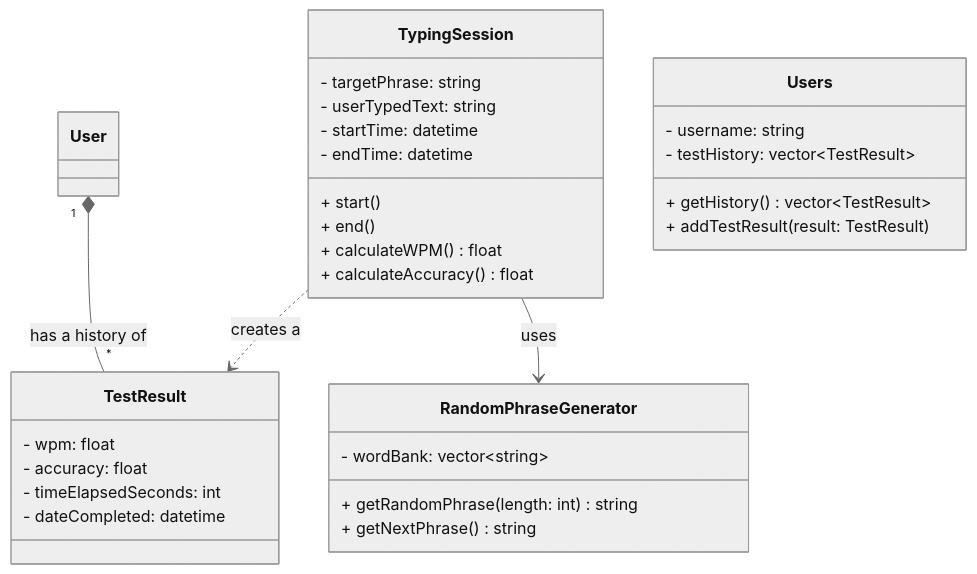
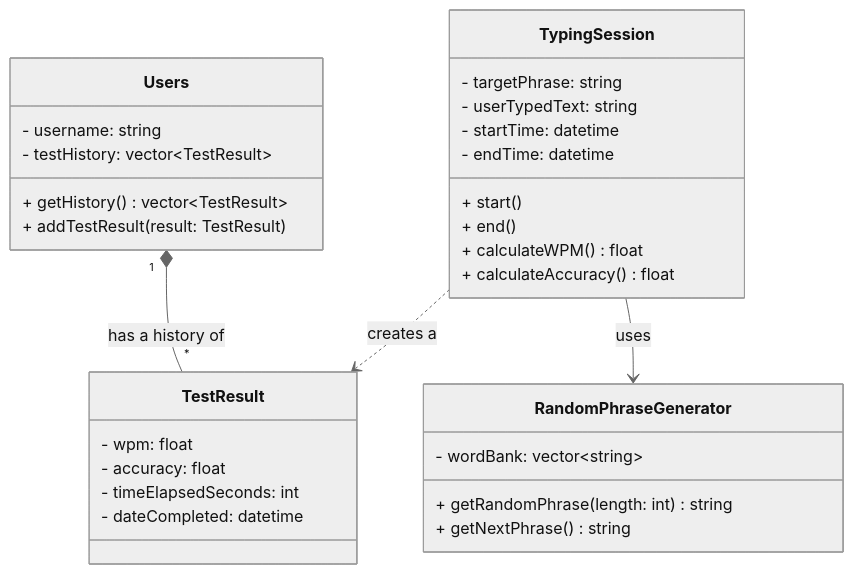
The diagram in README.md (IJNJJJCG/tippitytappity-design), drawn with Mermaid (neutral theme) before and after one commit.

Commit message:
Fix typo in class diagram from 'User' to 'Users'

````diff
--- a/README.md
+++ b/README.md
@@ -8,34 +8,34 @@
 ```mermaid
 classDiagram
 Testing your accuracy and speed
-User "1" *-- "*" TestResult : has a history of
+Users "1" *-- "*" TestResult : has a history of
 TypingSession ..> TestResult : creates a
 TypingSession --> RandomPhraseGenerator : uses
   class Users{
         - username: string
         - testHistory: vector~TestResult~
         + getHistory() vector~TestResult~
         + addTestResult(result: TestResult)
   }
   class TestResult{
         - wpm: float
         - accuracy: float
         - timeElapsedSeconds: int
         - dateCompleted: datetime
   }
   class TypingSession{
         - targetPhrase: string
         - userTypedText: string
         - startTime: datetime
         - endTime: datetime
         + start()
         + end()
         + calculateWPM() float
         + calculateAccuracy() float
   }
   class RandomPhraseGenerator{
         - wordBank: vector~string~
         + getRandomPhrase(length: int) string
         + getNextPhrase() string
   }
 ```
````
